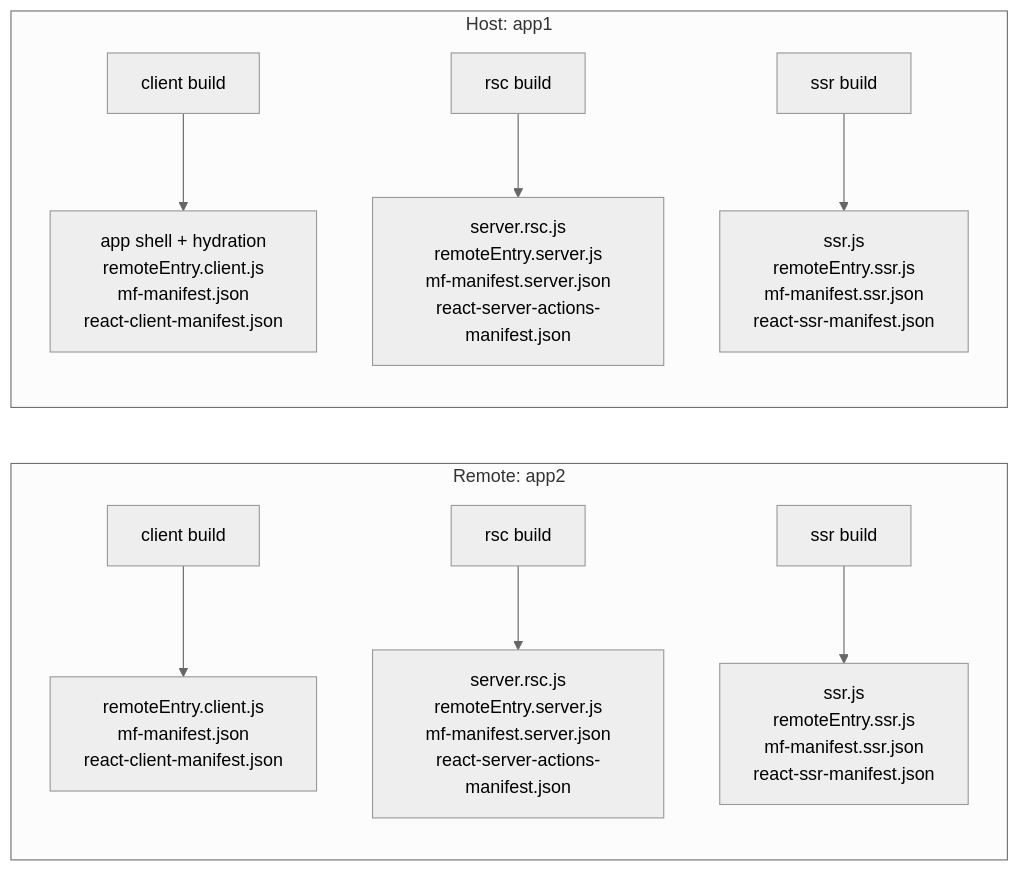
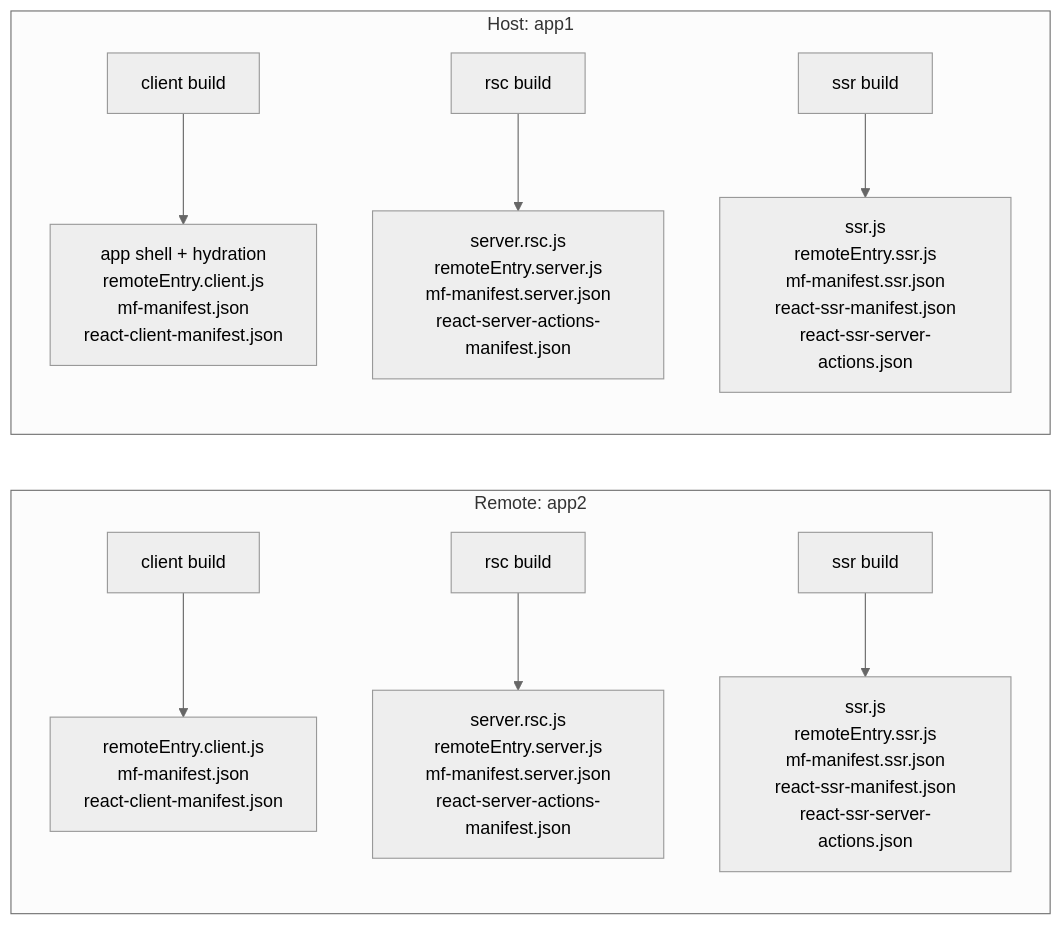
The first of 4 diagrams in RSC_MF_ARCHITECTURE.md (module-federation/core), drawn with Mermaid (neutral theme) before and after one commit. The commit also changed other lines of this file, not shown here.

Commit message:
docs: update RSC MF architecture guide

````diff
--- a/RSC_MF_ARCHITECTURE.md
+++ b/RSC_MF_ARCHITECTURE.md
@@ -87,14 +95,14 @@
 ```mermaid
 flowchart LR
   subgraph App2[Remote: app2]
     A2C[client build] --> A2COut[remoteEntry.client.js<br/>mf-manifest.json<br/>react-client-manifest.json]
     A2R[rsc build] --> A2ROut[server.rsc.js<br/>remoteEntry.server.js<br/>mf-manifest.server.json<br/>react-server-actions-manifest.json]
-    A2S[ssr build] --> A2SOut[ssr.js<br/>remoteEntry.ssr.js<br/>mf-manifest.ssr.json<br/>react-ssr-manifest.json]
+    A2S[ssr build] --> A2SOut[ssr.js<br/>remoteEntry.ssr.js<br/>mf-manifest.ssr.json<br/>react-ssr-manifest.json<br/>react-ssr-server-actions.json]
   end
 
   subgraph App1[Host: app1]
     A1C[client build] --> A1COut[app shell + hydration<br/>remoteEntry.client.js<br/>mf-manifest.json<br/>react-client-manifest.json]
     A1R[rsc build] --> A1ROut[server.rsc.js<br/>remoteEntry.server.js<br/>mf-manifest.server.json<br/>react-server-actions-manifest.json]
-    A1S[ssr build] --> A1SOut[ssr.js<br/>remoteEntry.ssr.js<br/>mf-manifest.ssr.json<br/>react-ssr-manifest.json]
+    A1S[ssr build] --> A1SOut[ssr.js<br/>remoteEntry.ssr.js<br/>mf-manifest.ssr.json<br/>react-ssr-manifest.json<br/>react-ssr-server-actions.json]
   end
 ```
````
